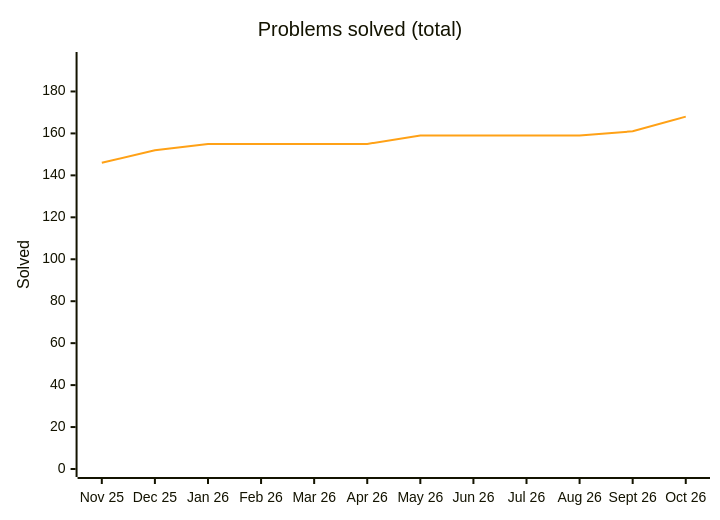
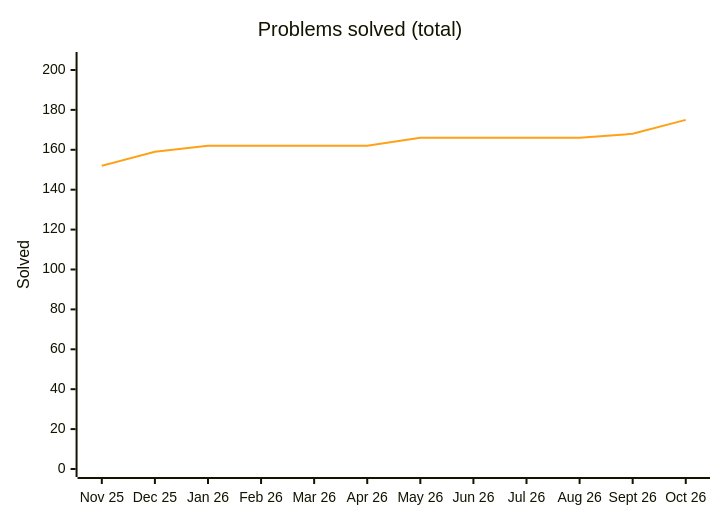
The diagram in README.md (samy-D5/Leetcode), drawn with Mermaid before and after one commit. The commit also changed other lines of this file and 9 other files, not shown here.

````diff
--- a/README.md
+++ b/README.md
@@ -42,8 +42,8 @@
 ```mermaid
 %%{init: {"themeVariables": {"xyChart": {"plotColorPalette": "#ffa116"}}}}%%
 xychart-beta
     title "Problems solved (total)"
     x-axis ["Nov 25", "Dec 25", "Jan 26", "Feb 26", "Mar 26", "Apr 26", "May 26", "Jun 26", "Jul 26", "Aug 26", "Sept 26", "Oct 26"]
-    y-axis "Solved" 0 --> 195
-    line [146, 152, 155, 155, 155, 155, 159, 159, 159, 159, 161, 168]
+    y-axis "Solved" 0 --> 205
+    line [152, 159, 162, 162, 162, 162, 166, 166, 166, 166, 168, 175]
 ```
````
